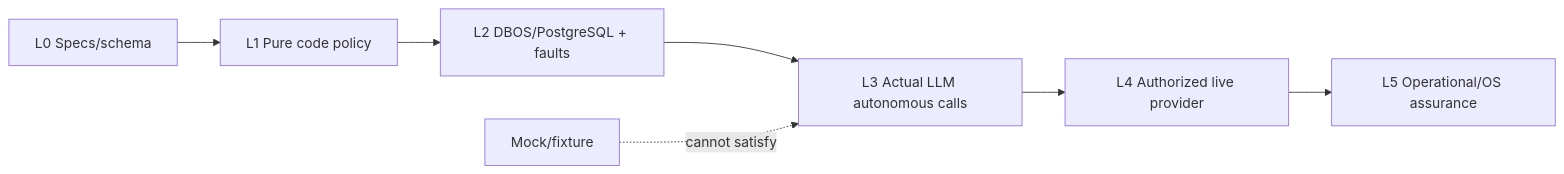
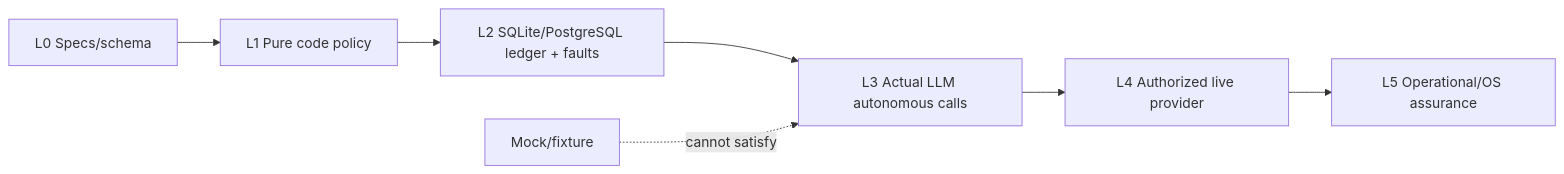
The diagram in diagrams/08_EVIDENCE_LADDER.mmd (clebeson/quati), drawn with Mermaid before and after one commit. The commit also changed 596 other files, not shown here.

```diff
--- a/diagrams/08_EVIDENCE_LADDER.mmd
+++ b/diagrams/08_EVIDENCE_LADDER.mmd
@@ -1,7 +1,7 @@
 flowchart LR
   L0[L0 Specs/schema] --> L1[L1 Pure code policy]
-  L1 --> L2[L2 DBOS/PostgreSQL + faults]
+  L1 --> L2[L2 SQLite/PostgreSQL ledger + faults]
   L2 --> L3[L3 Actual LLM autonomous calls]
   L3 --> L4[L4 Authorized live provider]
   L4 --> L5[L5 Operational/OS assurance]
   F[Mock/fixture] -. cannot satisfy .-> L3
```
